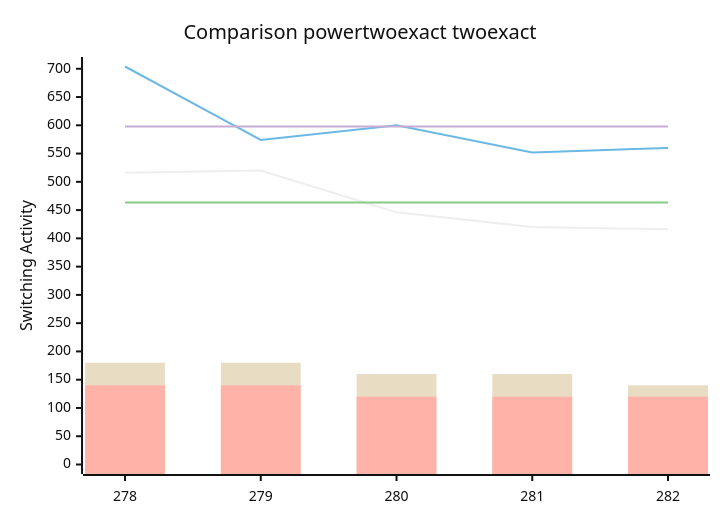
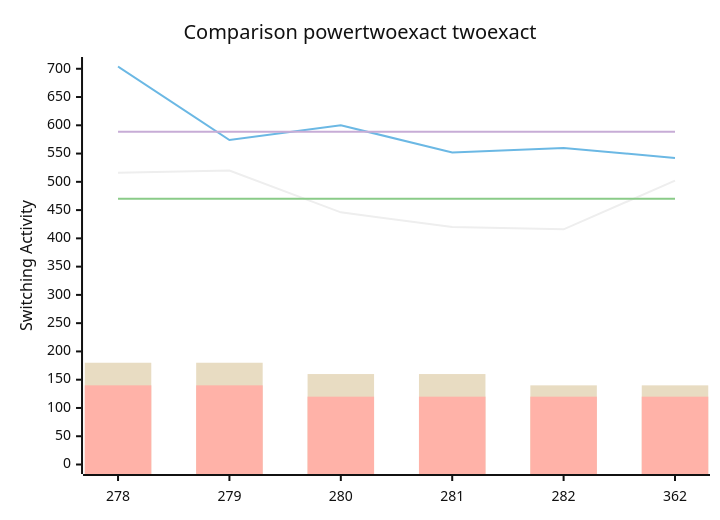
The diagram in benchmark_opt_500_2.md (FeldmeierMichael/Exact-Power-Synthesis), drawn with Mermaid (neutral theme) before and after one commit. The commit also changed other lines of this file, not shown here.

````diff
--- a/benchmark_opt_500_2.md
+++ b/benchmark_opt_500_2.md
@@ -11,12 +3,12 @@
 ```mermaid
 xychart-beta
     title "Comparison powertwoexact twoexact"
-    x-axis [278, 279, 280, 281, 282]
+    x-axis [278, 279, 280, 281, 282, 362]
     y-axis "Switching Activity" 0-->704
-    line [516, 520, 446, 420, 416]
-    line [704, 574, 600, 552, 560]
-    line [463.6, 463.6, 463.6, 463.6, 463.6]
-    line [598.0, 598.0, 598.0, 598.0, 598.0]
-    bar [180, 180, 160, 160, 140]
-    bar [140, 140, 120, 120, 120]
+    line [516, 520, 446, 420, 416, 502]
+    line [704, 574, 600, 552, 560, 542]
+    line [470.0, 470.0, 470.0, 470.0, 470.0, 470.0]
+    line [588.6666666666666, 588.6666666666666, 588.6666666666666, 588.6666666666666, 588.6666666666666, 588.6666666666666]
+    bar [180, 180, 160, 160, 140, 140]
+    bar [140, 140, 120, 120, 120, 120]
 ```
````
